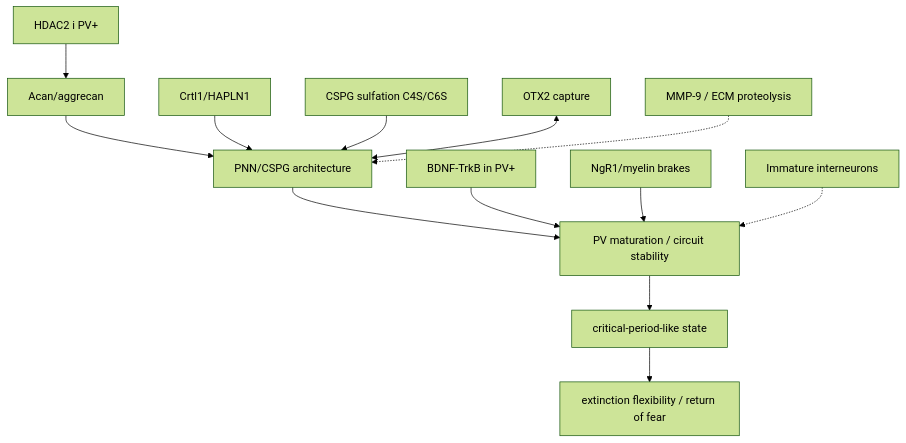
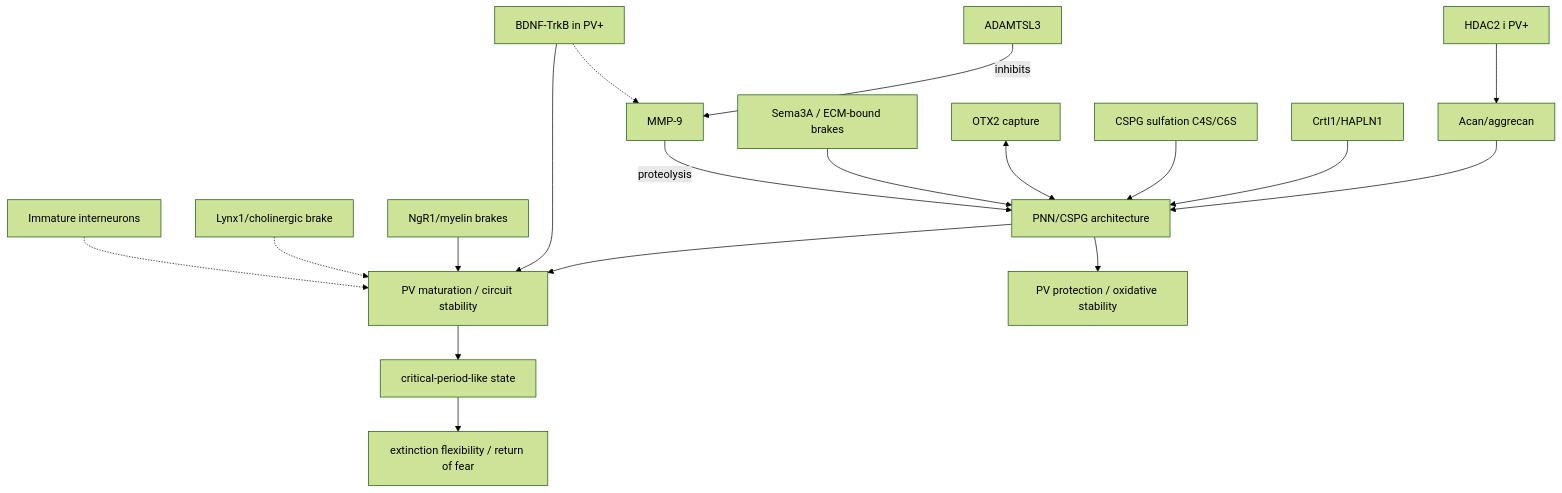
The diagram in 02_MECHANISMS/PNN_CRITICAL_PERIOD_REOPENING.md (jekidev/Fearprime_03), drawn with Mermaid (forest theme) before and after one commit. The commit also changed other lines of this file, not shown here.

Commit message:
Expand PNN critical-period dossier with ADAMTSL3 and additional ECM control points

````diff
--- a/02_MECHANISMS/PNN_CRITICAL_PERIOD_REOPENING.md
+++ b/02_MECHANISMS/PNN_CRITICAL_PERIOD_REOPENING.md
@@ -113,15 +150,20 @@
 ```mermaid
 flowchart TD
   H[HDAC2 i PV+] --> A[Acan/aggrecan]
   A --> P[PNN/CSPG architecture]
   C[Crtl1/HAPLN1] --> P
   S[CSPG sulfation C4S/C6S] --> P
   O[OTX2 capture] <--> P
+  SE[Sema3A / ECM-bound brakes] --> P
+  AD[ADAMTSL3] -->|inhibits| M[MMP-9]
+  M -->|proteolysis| P
   P --> V[PV maturation / circuit stability]
   T[BDNF-TrkB in PV+] --> V
+  T -.-> M
   N[NgR1/myelin brakes] --> V
+  L[Lynx1/cholinergic brake] -.-> V
   I[Immature interneurons] -.-> V
-  M[MMP-9 / ECM proteolysis] -.-> P
   V --> CP[critical-period-like state]
   CP --> E[extinction flexibility / return of fear]
+  P --> PR[PV protection / oxidative stability]
 ```
````
